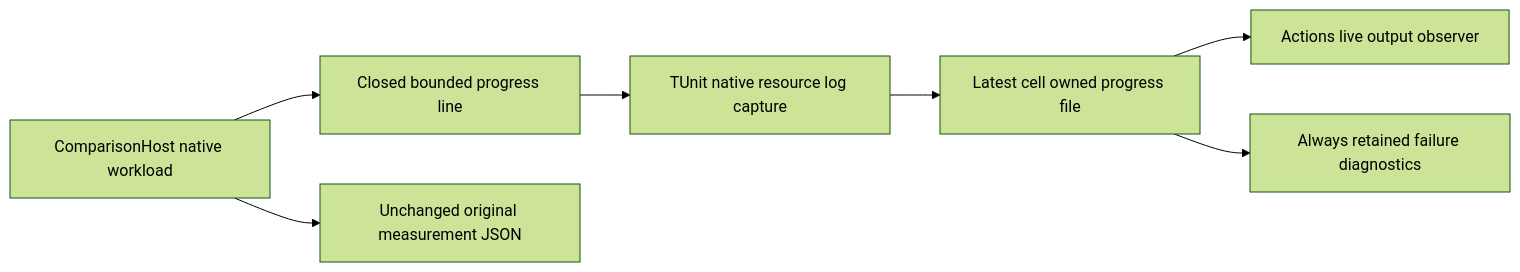
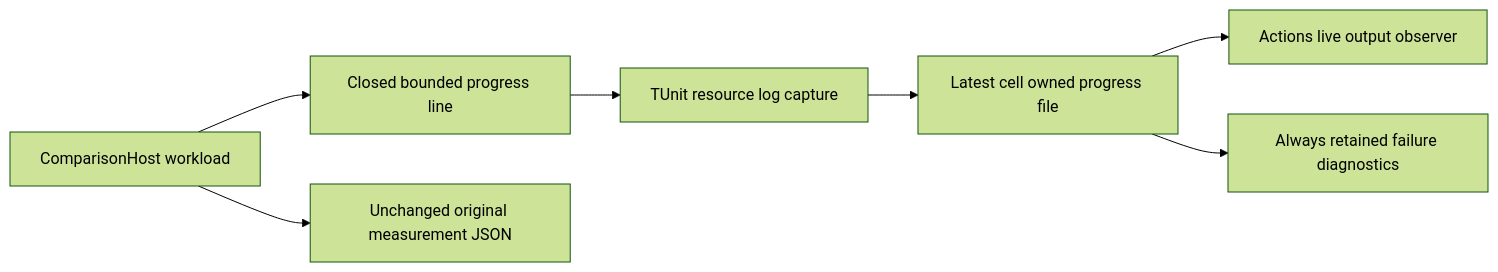
The diagram in docs/Features/BenchmarkComparisons/LiveProgress.md (managedcode/KeyLoad), drawn with Mermaid (forest theme) before and after one commit. The commit also changed other lines of this file and 9016 other files, not shown here.

````diff
--- a/docs/Features/BenchmarkComparisons/LiveProgress.md
+++ b/docs/Features/BenchmarkComparisons/LiveProgress.md
@@ -24,9 +24,9 @@
 ```mermaid
 flowchart LR
-    Native[ComparisonHost native workload] --> Snapshot[Closed bounded progress line]
-    Snapshot --> Capture[TUnit native resource log capture]
+    Execution[ComparisonHost workload] --> Snapshot[Closed bounded progress line]
+    Snapshot --> Capture[TUnit resource log capture]
     Capture --> File[Latest cell owned progress file]
     File --> Relay[Actions live output observer]
     File --> Artifact[Always retained failure diagnostics]
-    Native --> Report[Unchanged original measurement JSON]
+    Execution --> Report[Unchanged original measurement JSON]
 ```
````
